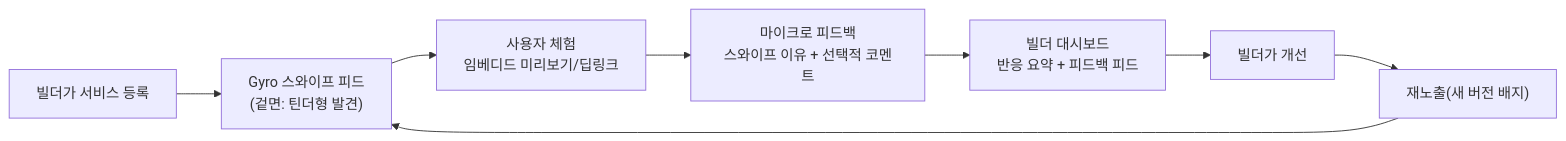
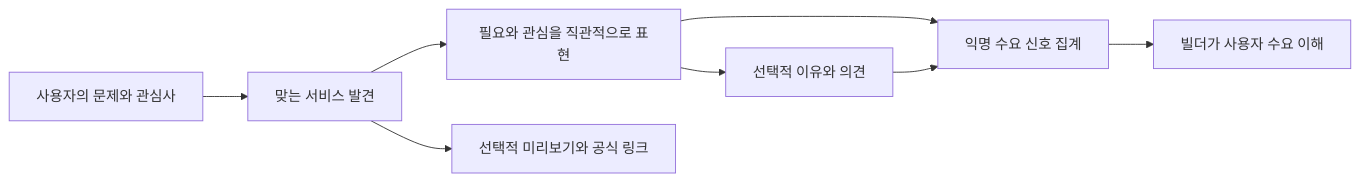
Before and after one commit to kimhyunbin08/Gyro: the diagram in ideation.md, drawn with Mermaid. The commit also changed other lines of this file and 6 other files, not shown here.

````diff
--- a/ideation.md
+++ b/ideation.md
@@ -69,10 +59,10 @@
 ```mermaid
 flowchart LR
-  A[빌더가 서비스 등록] --> B["Gyro 스와이프 피드\n(겉면: 틴더형 발견)"]
-  B --> C[사용자 체험\n임베디드 미리보기/딥링크]
-  C --> D[마이크로 피드백\n스와이프 이유 + 선택적 코멘트]
-  D --> E[빌더 대시보드\n반응 요약 + 피드백 피드]
-  E --> F[빌더가 개선]
-  F --> G["재노출(새 버전 배지)"]
-  G --> B
+  A[사용자의 문제와 관심사] --> B[맞는 서비스 발견]
+  B --> C[필요와 관심을 직관적으로 표현]
+  C --> D[선택적 이유와 의견]
+  C --> E[익명 수요 신호 집계]
+  D --> E
+  E --> F[빌더가 사용자 수요 이해]
+  B --> G[선택적 미리보기와 공식 링크]
 ```
````
